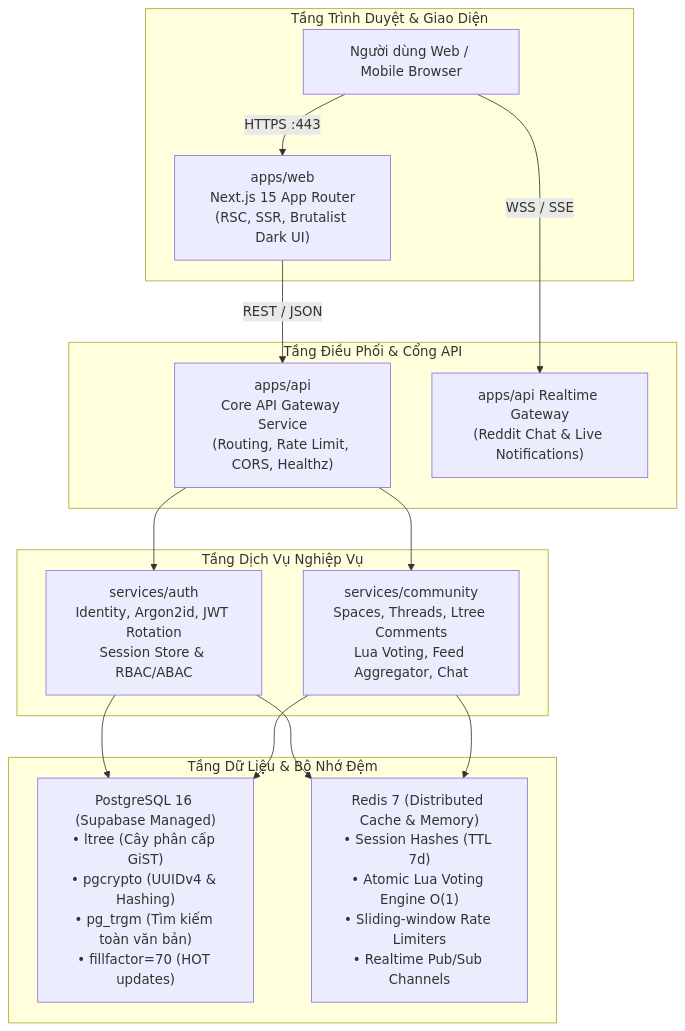
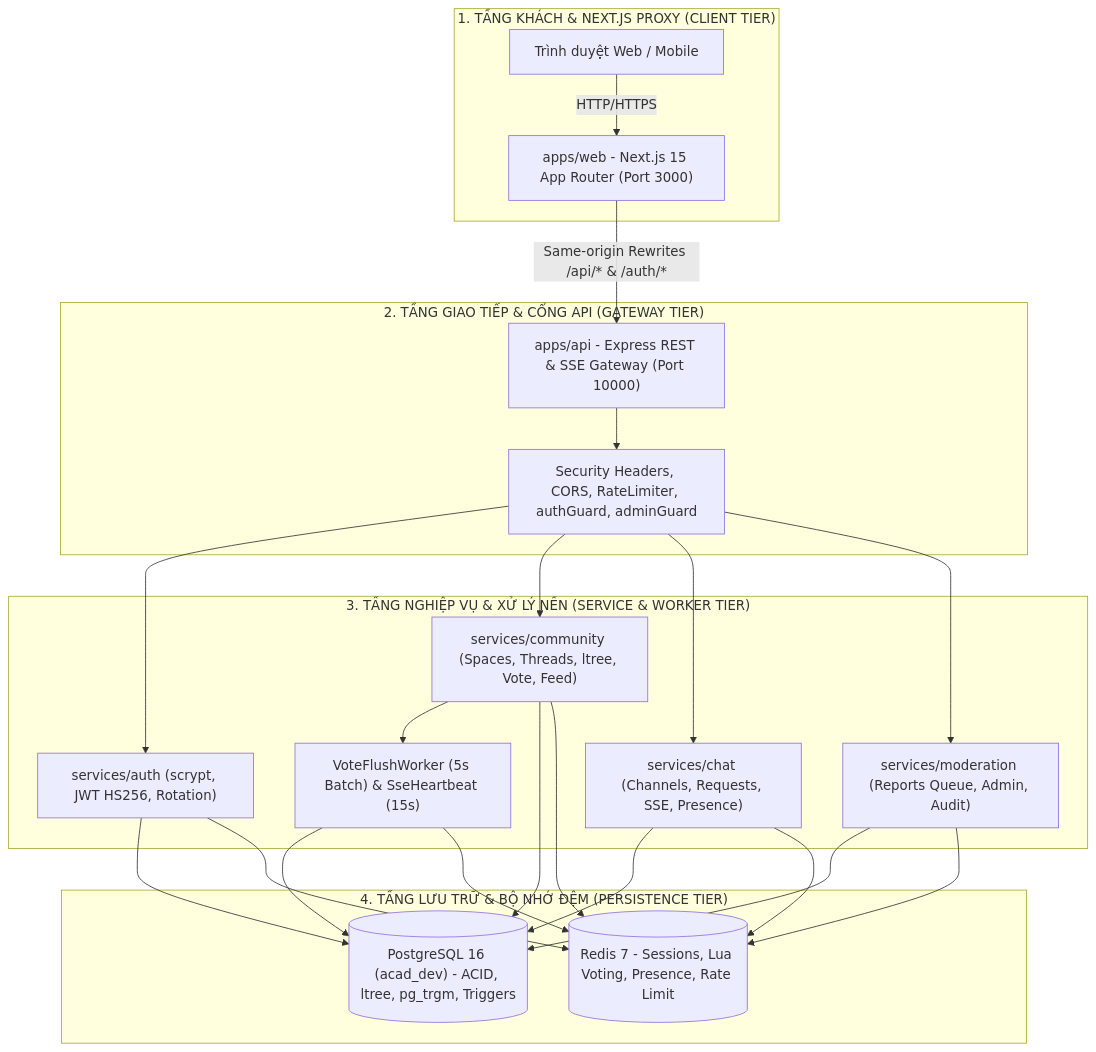
The diagram in docs/00_overview/02_system_topology.md (mjjyv/acad_devOps-project), drawn with Mermaid before and after one commit. The commit also changed other lines of this file and 74 other files, not shown here.

````diff
--- a/docs/00_overview/02_system_topology.md
+++ b/docs/00_overview/02_system_topology.md
@@ -17,22 +11,44 @@
 ```mermaid
-graph TD
-    subgraph ClientTier ["Tầng Trình Duyệt & Giao Diện"]
-        User["Người dùng Web / Mobile Browser"]
-        User -->|HTTPS :443| NextApp["apps/web<br/>Next.js 15 App Router<br/>(RSC, SSR, Brutalist Dark UI)"]
+graph TB
+    subgraph ClientTier ["1. TẦNG KHÁCH & NEXT.JS PROXY (CLIENT TIER)"]
+        Browser["Trình duyệt Web / Mobile"]
+        WebProxy["apps/web - Next.js 15 App Router (Port 3000)"]
     end
 
-    subgraph GatewayTier ["Tầng Điều Phối & Cổng API"]
-        NextApp -->|REST / JSON| ApiGateway["apps/api<br/>Core API Gateway Service<br/>(Routing, Rate Limit, CORS, Healthz)"]
-        User -->|WSS / SSE| RealtimeHub["apps/api Realtime Gateway<br/>(Reddit Chat & Live Notifications)"]
+    subgraph TransportTier ["2. TẦNG GIAO TIẾP & CỔNG API (GATEWAY TIER)"]
+        ApiGateway["apps/api - Express REST & SSE Gateway (Port 10000)"]
+        SecShield["Security Headers, CORS, RateLimiter, authGuard, adminGuard"]
     end
 
-    subgraph ServiceTier ["Tầng Dịch Vụ Nghiệp Vụ"]
-        ApiGateway --> AuthSvc["services/auth<br/>Identity, Argon2id, JWT Rotation<br/>Session Store & RBAC/ABAC"]
-        ApiGateway --> CommSvc["services/community<br/>Spaces, Threads, Ltree Comments<br/>Lua Voting, Feed Aggregator, Chat"]
+    subgraph BusinessTier ["3. TẦNG NGHIỆP VỤ & XỬ LÝ NỀN (SERVICE & WORKER TIER)"]
+        AuthSvc["services/auth (scrypt, JWT HS256, Rotation)"]
+        CommSvc["services/community (Spaces, Threads, ltree, Vote, Feed)"]
+        ChatSvc["services/chat (Channels, Requests, SSE, Presence)"]
+        ModSvc["services/moderation (Reports Queue, Admin, Audit)"]
+        FlushWorker["VoteFlushWorker (5s Batch) & SseHeartbeat (15s)"]
     end
 
-    subgraph StorageTier ["Tầng Dữ Liệu & Bộ Nhớ Đệm"]
-        AuthSvc & CommSvc --> PostgresDB["PostgreSQL 16 (Supabase Managed)<br/>• ltree (Cây phân cấp GiST)<br/>• pgcrypto (UUIDv4 & Hashing)<br/>• pg_trgm (Tìm kiếm toàn văn bản)<br/>• fillfactor=70 (HOT updates)"]
-        AuthSvc & CommSvc --> RedisCache["Redis 7 (Distributed Cache & Memory)<br/>• Session Hashes (TTL 7d)<br/>• Atomic Lua Voting Engine O(1)<br/>• Sliding-window Rate Limiters<br/>• Realtime Pub/Sub Channels"]
+    subgraph DataTier ["4. TẦNG LƯU TRỮ & BỘ NHỚ ĐỆM (PERSISTENCE TIER)"]
+        PostgresDB[("PostgreSQL 16 (acad_dev) - ACID, ltree, pg_trgm, Triggers")]
+        RedisStore[("Redis 7 - Sessions, Lua Voting, Presence, Rate Limit")]
     end
+
+    Browser -->|HTTP/HTTPS| WebProxy
+    WebProxy -->|Same-origin Rewrites /api/* & /auth/*| ApiGateway
+    ApiGateway --> SecShield
+    SecShield --> AuthSvc
+    SecShield --> CommSvc
+    SecShield --> ChatSvc
+    SecShield --> ModSvc
+    CommSvc --> FlushWorker
+    AuthSvc --> PostgresDB
+    AuthSvc --> RedisStore
+    CommSvc --> PostgresDB
+    CommSvc --> RedisStore
+    FlushWorker --> PostgresDB
+    FlushWorker --> RedisStore
+    ChatSvc --> PostgresDB
+    ChatSvc --> RedisStore
+    ModSvc --> PostgresDB
+    ModSvc --> RedisStore
 ```
````
